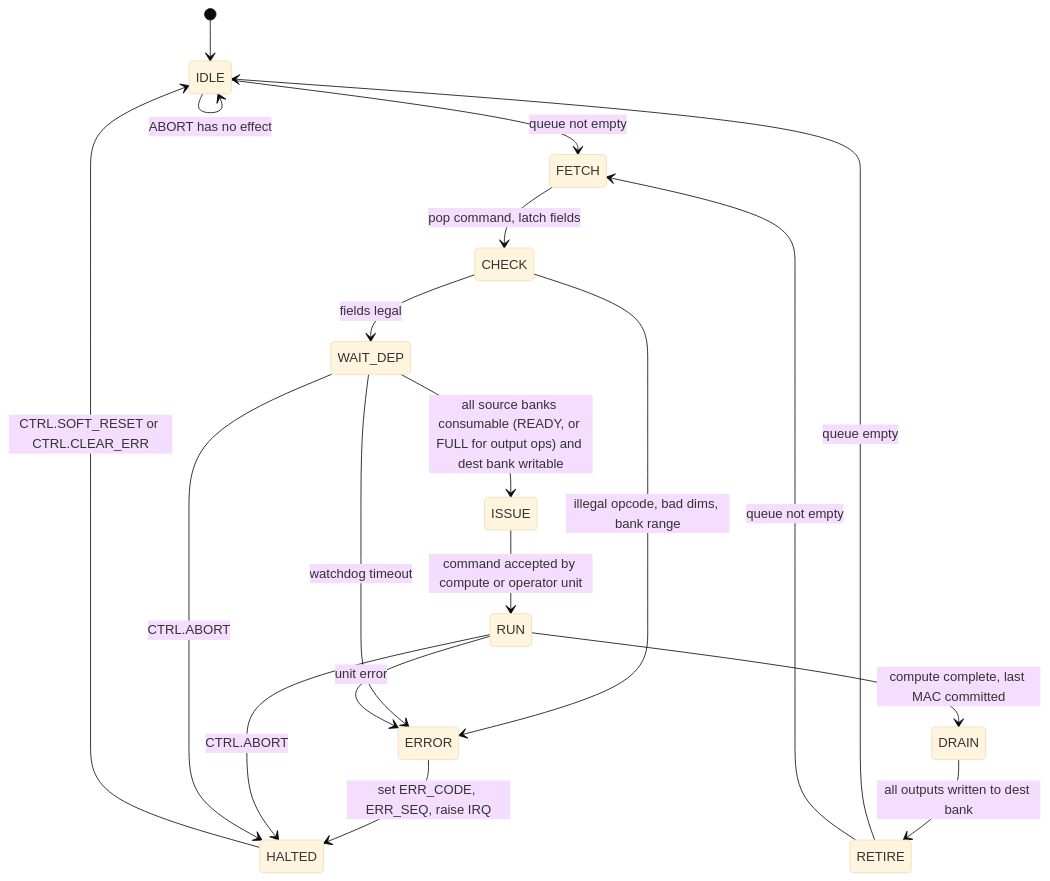
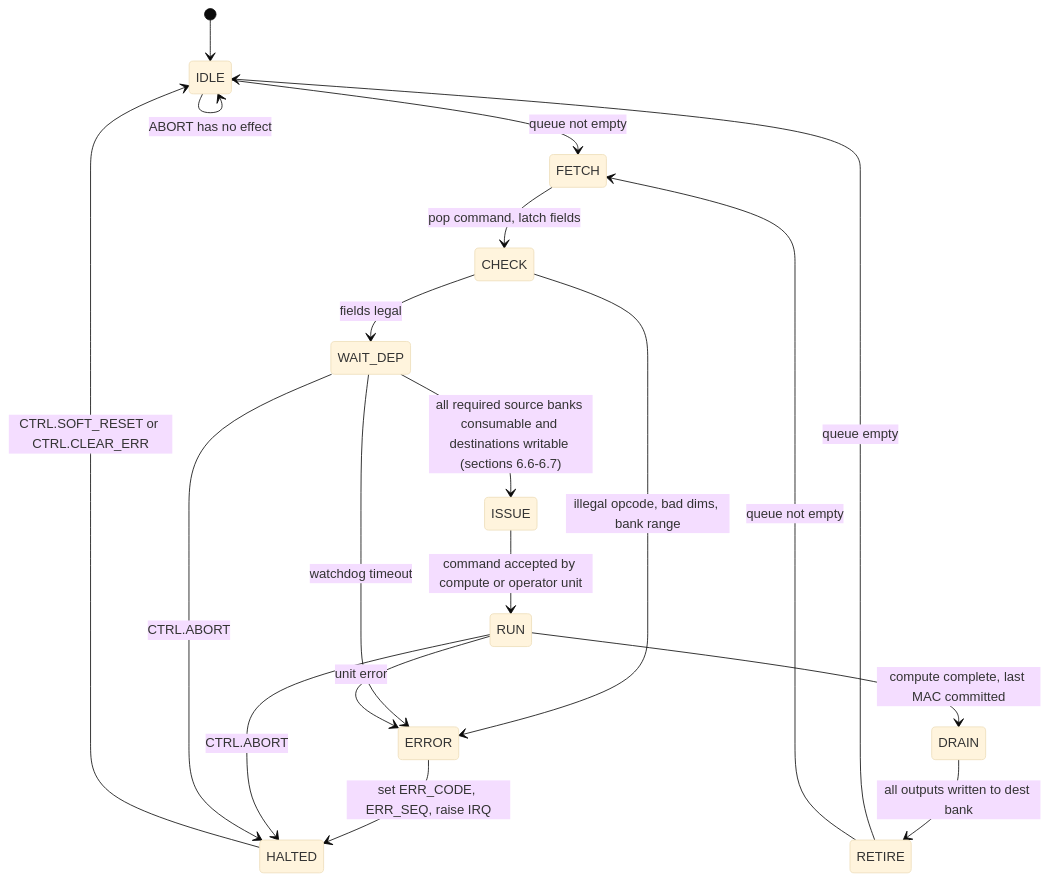
One commit to michaelgirg/raven changed the third of 9 diagrams in docs/RISCV_Research.md. Above: the diagram before and after it, drawn with Mermaid (base theme). The commit also changed other lines of this file and 4 other files, not shown here.

````diff
--- a/docs/RISCV_Research.md
+++ b/docs/RISCV_Research.md
@@ -390,21 +392,21 @@
 ```mermaid
 stateDiagram-v2
     [*] --> IDLE
     IDLE --> FETCH: queue not empty
     FETCH --> CHECK: pop command, latch fields
     CHECK --> ERROR: illegal opcode, bad dims, bank range
     CHECK --> WAIT_DEP: fields legal
-    WAIT_DEP --> ISSUE: all source banks consumable (READY, or FULL for output ops) and dest bank writable
+    WAIT_DEP --> ISSUE: all required source banks consumable and destinations writable (sections 6.6-6.7)
     WAIT_DEP --> ERROR: watchdog timeout
     ISSUE --> RUN: command accepted by compute or operator unit
     RUN --> DRAIN: compute complete, last MAC committed
     DRAIN --> RETIRE: all outputs written to dest bank
     RUN --> ERROR: unit error
     RETIRE --> IDLE: queue empty
     RETIRE --> FETCH: queue not empty
     ERROR --> HALTED: set ERR_CODE, ERR_SEQ, raise IRQ
     HALTED --> IDLE: CTRL.SOFT_RESET or CTRL.CLEAR_ERR
     IDLE --> IDLE: ABORT has no effect
     RUN --> HALTED: CTRL.ABORT
     WAIT_DEP --> HALTED: CTRL.ABORT
 ```
````
